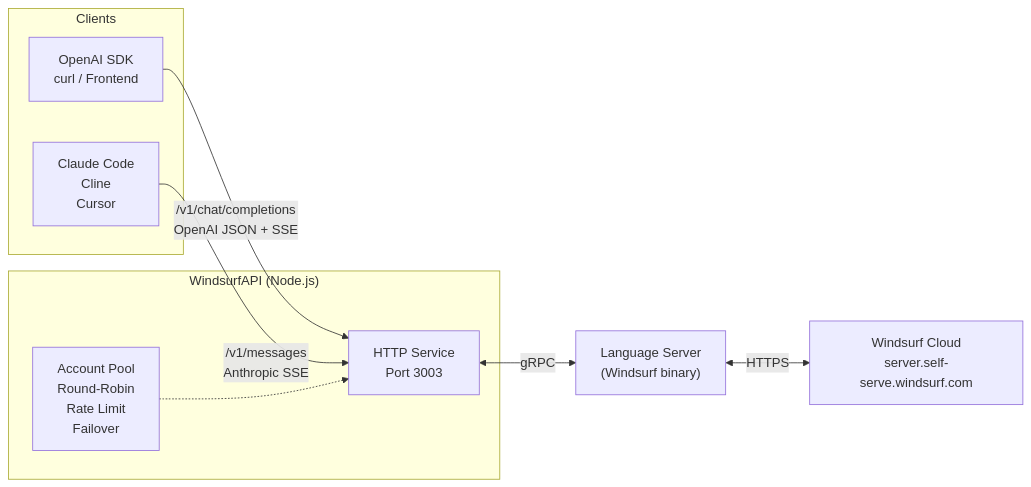
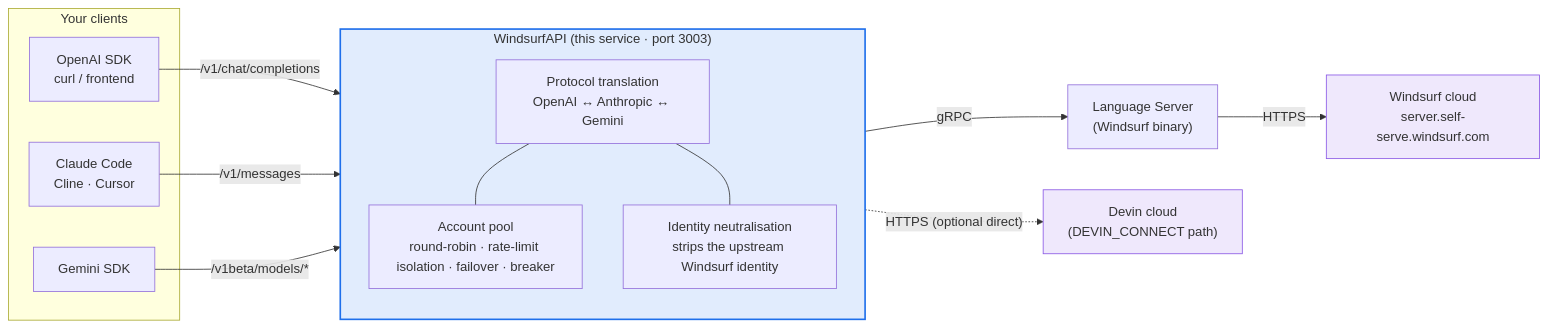
One commit to CORCTON/WindsurfAPI changed the first of 2 diagrams in README.en.md. Above: the diagram before and after it, drawn with Mermaid. The commit also changed other lines of this file and 1 other file, not shown here.

Commit message:
docs(readme): 补 Gemini / Responses 示例、故障分流图,中英两版对齐
README 声称支持三套 API,但示例只演示了两套 —— Gemini 端点和 Responses API
一个例子都没有。补上:

- Gemini:官方 google-genai SDK 直连 + curl。说清它不发 Authorization,
  用 x-goog-api-key 或 ?key=,两种都收(实测 auth.js 四种形式都认)。
  流式必须带 ?alt=sse,不带是 JSON 数组分片。
- Responses:链式调用(previous_response_id)+ GET/DELETE。存储**默认开**,
  六个容量上限逐个从代码读出默认值,不抄文件头注释 ——
  TTL 1 小时 / MAX_AGE 24 小时 / 2000 条 / 单会话 400 条 / 128MB,
  字节单位实测支持 b/k/kb/m/mb/g/gb,裸数字按字节。
- 顺带写明租户隔离靠 response id 的 90 bit 熵,不是客户端自称的作用域。

新增「出问题了先看这里」:11 条 FAQ 是平铺的,用户不知道从哪找。加一张按症状
分流的 mermaid 决策树(五类症状 → 具体动作),外加两条最容易踩的错误归因。

中文版此前没有 mermaid,英文版早就有 —— 所以这不是引入新风格,是补齐差距。
两版架构图统一成同一个:补上 Gemini 入口、DEVIN_CONNECT 直连虚线、身份中和。
英文版加导航条。

四个 mermaid 图全部用 Chrome 真渲染验证过(mermaid-cli + PUPPETEER_EXECUTABLE_PATH,
自带 Chromium 缺失),确认输出 SVG 含预期标签、无 syntax-error 实例 ——
语法错在 GitHub 上会显示成一团红色报错,比 ASCII 图更糟。

一处自我纠正:决策树初稿写「看 /v1/models 的能力字段」,那是我编的 ——
该端点只返回 id/object/created/owned_by。真实排查手段是日志里的 ToolRoute[...]。

````diff
--- a/README.en.md
+++ b/README.en.md
@@ -34,21 +43,33 @@
 ```mermaid
 flowchart LR
-    subgraph Clients
-        A[OpenAI SDK<br>curl / Frontend]
-        B[Claude Code<br>Cline<br>Cursor]
+    subgraph clients["Your clients"]
+        A["OpenAI SDK<br/>curl / frontend"]
+        B["Claude Code<br/>Cline · Cursor"]
+        C["Gemini SDK"]
     end
 
-    subgraph WindsurfAPI["WindsurfAPI (Node.js)"]
-        C[HTTP Service<br>Port 3003]
-        D[Account Pool<br>Round-Robin<br>Rate Limit<br>Failover]
+    subgraph gw["WindsurfAPI (this service · port 3003)"]
+        direction TB
+        R["Protocol translation<br/>OpenAI ↔ Anthropic ↔ Gemini"]
+        P["Account pool<br/>round-robin · rate-limit isolation · failover · breaker"]
+        N["Identity neutralisation<br/>strips the upstream Windsurf identity"]
+        R --- P
+        R --- N
     end
 
-    E["Language Server<br>(Windsurf binary)"]
-    F[Windsurf Cloud<br>server.self-serve.windsurf.com]
+    LS["Language Server<br/>(Windsurf binary)"]
+    UP["Windsurf cloud<br/>server.self-serve.windsurf.com"]
+    DC["Devin cloud<br/>(DEVIN_CONNECT path)"]
 
-    A -->|"/v1/chat/completions"<br>OpenAI JSON + SSE| C
-    B -->|"/v1/messages"<br>Anthropic SSE| C
-    C <-->|gRPC| E
-    E <-->|HTTPS| F
-    D -.-> C
+    A -- "/v1/chat/completions" --> R
+    B -- "/v1/messages" --> R
+    C -- "/v1beta/models/*" --> R
+    R -- "gRPC" --> LS
+    LS -- "HTTPS" --> UP
+    R -. "HTTPS (optional direct)" .-> DC
+
+    classDef gwStyle fill:#1f6feb22,stroke:#1f6feb,stroke-width:2px
+    classDef upStyle fill:#8957e522,stroke:#8957e5
+    class gw gwStyle
+    class UP,DC upStyle
 ```
````
